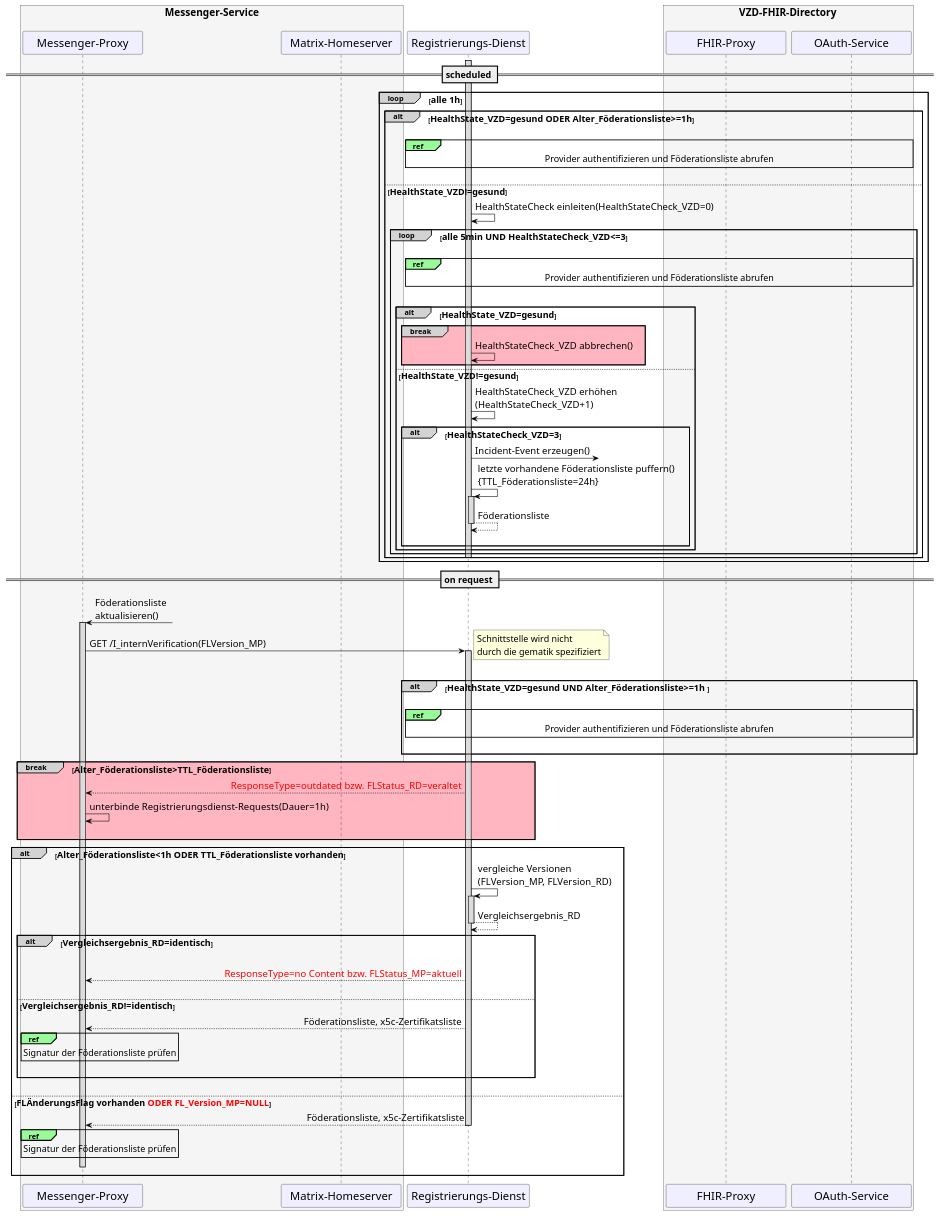
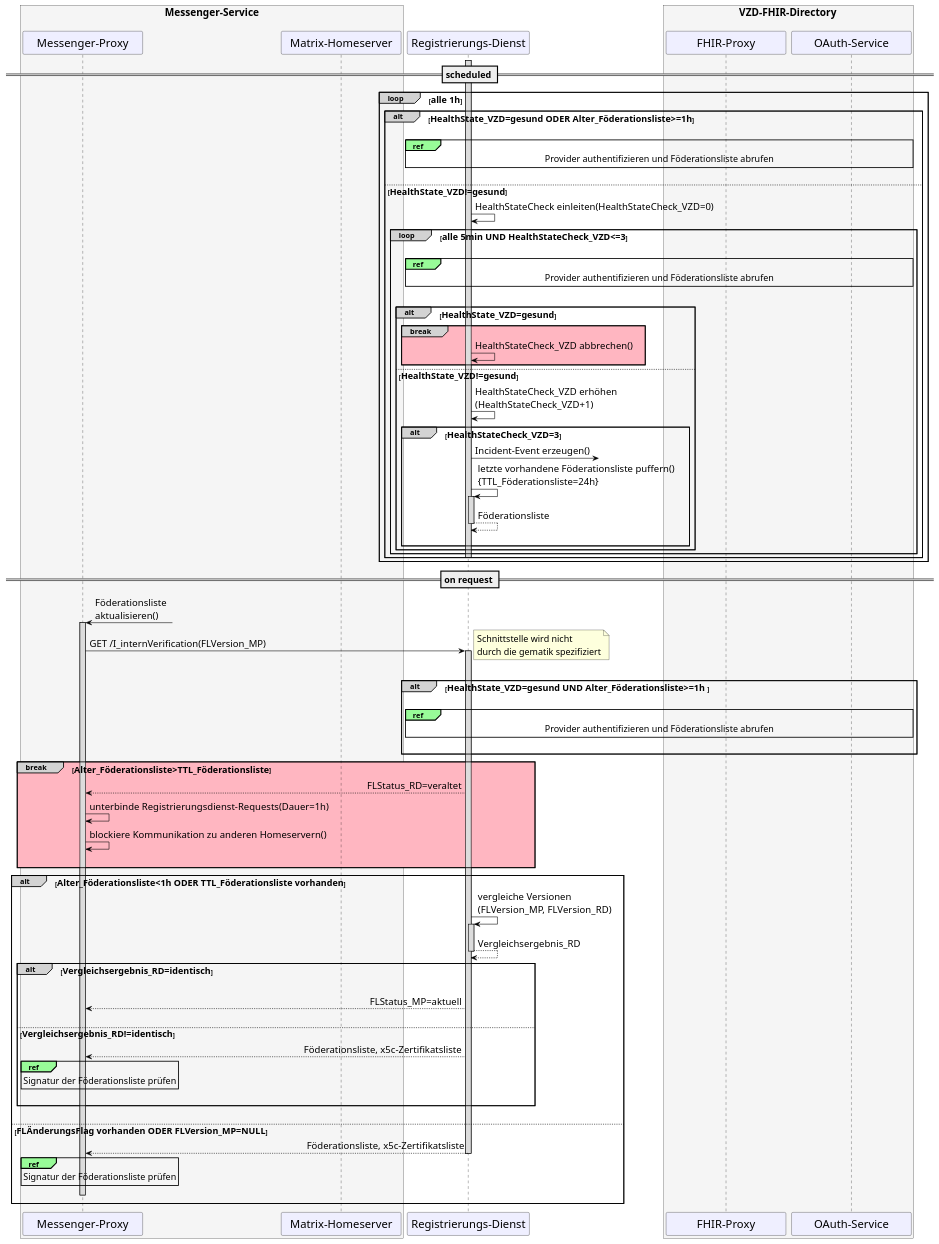
One commit to gematik/api-ti-messenger changed the diagram in src/plantuml/TI-Messenger-Dienst/Ressourcen/UC_Update_Federationlist_Seq.puml. Above: the diagram before and after it, drawn with PlantUML. The commit also changed 1 other file, not shown here.

```diff
--- a/src/plantuml/TI-Messenger-Dienst/Ressourcen/UC_Update_Federationlist_Seq.puml
+++ b/src/plantuml/TI-Messenger-Dienst/Ressourcen/UC_Update_Federationlist_Seq.puml
@@ -9,135 +9,136 @@
 @startuml
 skinparam sequenceMessageAlign direction
 skinparam minClassWidth 200
 skinparam BoxPadding 1
 skinparam sequenceReferenceHeaderBackgroundColor palegreen
 scale max 2048 width
 
 skinparam sequence {
 ArrowColor black
 ArrowFontSize 17
 ActorBorderColor black
 LifeLineBorderColor black
 LifeLineBackgroundColor Gainsboro
 
 ParticipantBorderColor Motivation
 ParticipantBackgroundColor Motivation
 ParticipantFontName Impact
 ParticipantFontSize 20
 ParticipantFontColor black
 ParticipantBorderColor Black
 ParticipantBackgroundColor MOTIVATION
 
 ActorBackgroundColor Gainsboro
 ActorFontColor black
 ActorFontSize 20
 ActorFontName Aapex
 }
 
 box <size:18>Messenger-Service\n #WhiteSmoke
 participant MP as "Messenger-Proxy"
 participant MH as "Matrix-Homeserver"
 end box
 participant RD as "Registrierungs-Dienst"
 box <size:18>VZD-FHIR-Directory</size> #WhiteSmoke
   participant FP as "FHIR-Proxy"
   participant AS as "OAuth-Service"
 end box
 
 == <size:16>scheduled</size> ==
 
 loop#LightGrey <size:16>alle 1h</size>
   alt#LightGrey <size:16>HealthState_VZD=gesund ODER Alter_Föderationsliste>=1h</size>
   activate RD
   |||
   ref over AS, FP, RD
     <size:16>Provider authentifizieren und Föderationsliste abrufen</size>
   end ref
   |||
 
   else <size:16>HealthState_VZD!=gesund</size>
     RD->RD: HealthStateCheck einleiten(HealthStateCheck_VZD=0)
     loop#LightGrey <size:16>alle 5min UND HealthStateCheck_VZD<=3</size>
       |||
       ref over AS, FP, RD
         <size:16>Provider authentifizieren und Föderationsliste abrufen</size>
       end ref
       |||
       alt#LightGrey <size:16>HealthState_VZD=gesund</size>
         break#LightGrey #LightPink
           RD->RD: HealthStateCheck_VZD abbrechen()
         end
       else <size:16>HealthState_VZD!=gesund</size>
         RD->RD: HealthStateCheck_VZD erhöhen\n(HealthStateCheck_VZD+1)
         alt#LightGrey <size:16>HealthStateCheck_VZD=3</size>
           RD ->?: Incident-Event erzeugen()
           RD->RD++: letzte vorhandene Föderationsliste puffern() \n{TTL_Föderationsliste=24h}
           return Föderationsliste
         |||
         end
       end
     end 
     'RD-[hidden]> RD
     deactivate RD
   end
 end
 
 == <size:16>on request</size> ==
 
 MP <-?: Föderationsliste \naktualisieren()
 activate MP
 MP->RD: GET /I_internVerification(FLVersion_MP) 
 note right: <size:16>Schnittstelle wird nicht \n<size:16>durch die gematik spezifiziert</size>
 |||
   Activate RD
 
 alt#LightGrey <size:16>HealthState_VZD=gesund UND Alter_Föderationsliste>=1h </size>
 
   |||
   ref over AS, FP, RD
     <size:16>Provider authentifizieren und Föderationsliste abrufen</size>
   end ref
   |||
   
 'else <size:16>HealthState_VZD!=gesund ODER Alter_Föderationsliste<1h</size>
 'else <size:16>Alter_Föderationsliste<1h ODER TTL_Föderationsliste vorhanden</size>
 
   'RD->RD: FLStatus_RD=aktuell
 
 end
 
 break#LightGrey #LightPink <size:16>Alter_Föderationsliste>TTL_Föderationsliste</size>
   'RD-->MP: FLStatus_RD=veraltet
-  RD-->MP: <font color=red>ResponseType=outdated bzw. FLStatus_RD=veraltet</font>
+  RD-->MP: FLStatus_RD=veraltet
   MP->MP: unterbinde Registrierungsdienst-Requests(Dauer=1h)
+  MP->MP: blockiere Kommunikation zu anderen Homeservern()
   |||
 end
 
 alt#LightGrey <size:16>Alter_Föderationsliste<1h ODER TTL_Föderationsliste vorhanden</size>
   RD->RD++: vergleiche Versionen\n(FLVersion_MP, FLVersion_RD)
   return Vergleichsergebnis_RD
     
   alt#LightGrey <size:16>Vergleichsergebnis_RD=identisch</size>
     ||| 
-    RD-->MP: <font color=red>ResponseType=no Content bzw. FLStatus_MP=aktuell</font>
+    RD-->MP: FLStatus_MP=aktuell
     |||
       
   else <size:16>Vergleichsergebnis_RD!=identisch</size>
     RD-->MP: Föderationsliste, x5c-Zertifikatsliste
     ref over MP
       <size:16>Signatur der Föderationsliste prüfen</size>
     end ref
     |||
   end
   |||
   
-else <size:16>FLÄnderungsFlag vorhanden <font color=red>ODER FL_Version_MP=NULL</font></size>
+else <size:16>FLÄnderungsFlag vorhanden ODER FLVersion_MP=NULL</size>
   RD-->MP: Föderationsliste, x5c-Zertifikatsliste
   Deactivate RD
   ref over MP
     <size:16>Signatur der Föderationsliste prüfen</size>
   end ref
   MP-[hidden]> MP
   deactivate MP
 end
 @enduml
```
